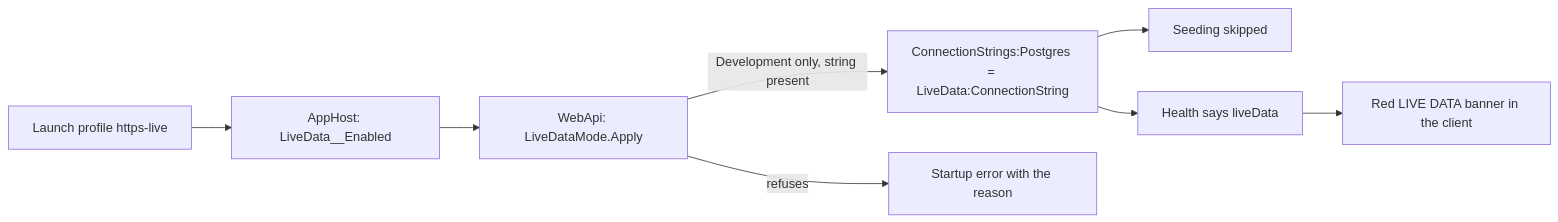
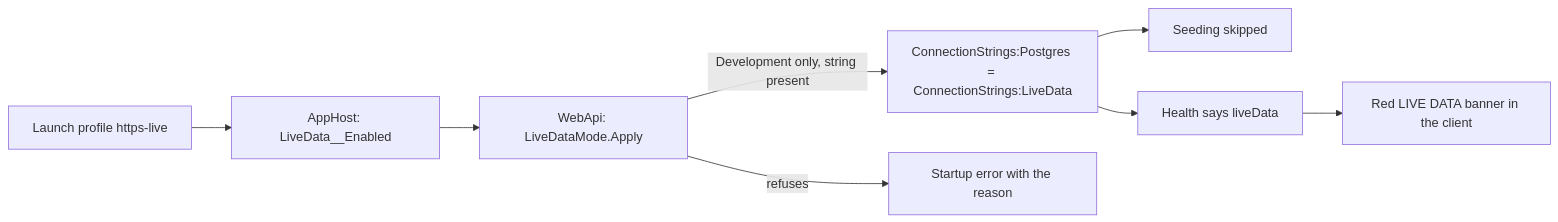
The diagram in docs/artifacts/Claude-2026-10-23-live-data-profile.md (BillKrat/ai-research-blog), drawn with Mermaid before and after one commit. The commit also changed other lines of this file and 4 other files, not shown here.

First line of the commit message:
Claude: live data connection string is ConnectionStrings:LiveData; say which store a run uses

````diff
--- a/docs/artifacts/Claude-2026-10-23-live-data-profile.md
+++ b/docs/artifacts/Claude-2026-10-23-live-data-profile.md
@@ -7,10 +7,10 @@
 ```mermaid
 flowchart LR
   P[Launch profile https-live] --> A[AppHost: LiveData__Enabled]
   A --> W[WebApi: LiveDataMode.Apply]
-  W -->|Development only, string present| C[ConnectionStrings:Postgres = LiveData:ConnectionString]
+  W -->|Development only, string present| C[ConnectionStrings:Postgres = ConnectionStrings:LiveData]
   W -->|refuses| X[Startup error with the reason]
   C --> S[Seeding skipped]
   C --> H[Health says liveData]
   H --> B[Red LIVE DATA banner in the client]
 ```
````
